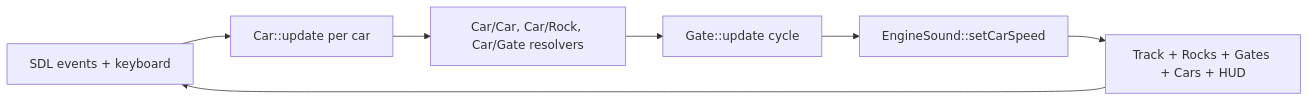
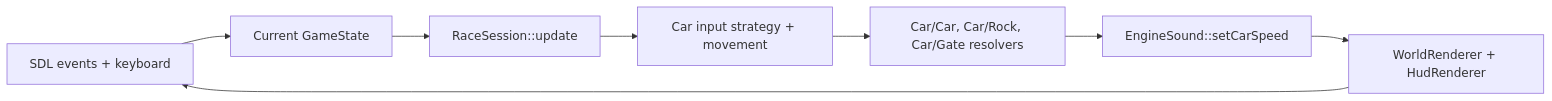
The diagram in README.md (FrancescoG74/miniCar), drawn with Mermaid before and after one commit. The commit also changed other lines of this file and 13 other files, not shown here.

````diff
--- a/README.md
+++ b/README.md
@@ -46,9 +57,10 @@
 ```mermaid
 flowchart LR
-    Input[SDL events + keyboard] --> CarUpdate[Car::update per car]
-    CarUpdate --> Collisions[Car/Car, Car/Rock, Car/Gate resolvers]
-    Collisions --> GateUpdate[Gate::update cycle]
-    GateUpdate --> Audio[EngineSound::setCarSpeed]
-    Audio --> Render[Track + Rocks + Gates + Cars + HUD]
-    Render --> Input
+  Events[SDL events + keyboard] --> GameState[Current GameState]
+  GameState --> RaceUpdate[RaceSession::update]
+  RaceUpdate --> Cars[Car input strategy + movement]
+  Cars --> Collisions[Car/Car, Car/Rock, Car/Gate resolvers]
+  Collisions --> Audio[EngineSound::setCarSpeed]
+  Audio --> Render[WorldRenderer + HudRenderer]
+  Render --> Events
 ```
````
